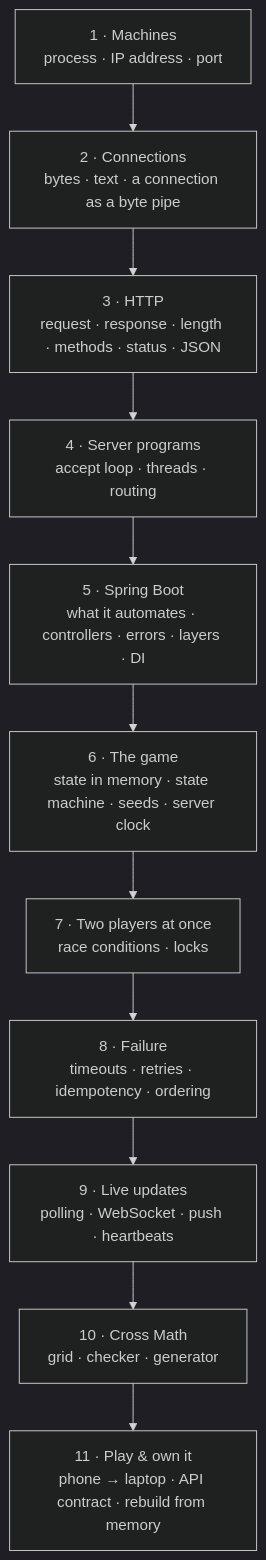
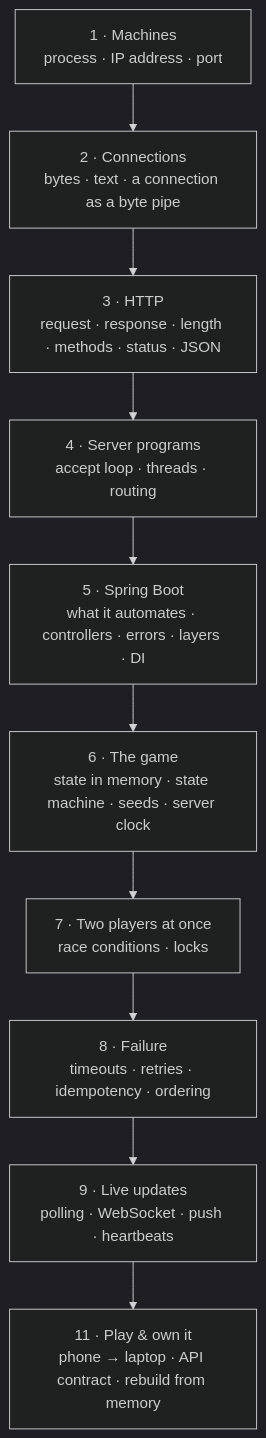
Before and after one commit to harijoshi07/backend-engineering: the diagram in site/src/content/docs/maths/map.mdx, drawn with Mermaid (dark theme). The commit also changed other lines of this file and 1 other file, not shown here.

Commit message:
Maths track: drop Cross Math, the course ends with phone, contract, own it

````diff
--- a/site/src/content/docs/maths/map.mdx
+++ b/site/src/content/docs/maths/map.mdx
@@ -19,15 +19,14 @@
 ```mermaid
 flowchart TB
     A["1 · Machines<br/>process · IP address · port"]
     B["2 · Connections<br/>bytes · text · a connection as a byte pipe"]
     C["3 · HTTP<br/>request · response · length · methods · status · JSON"]
     D["4 · Server programs<br/>accept loop · threads · routing"]
     E["5 · Spring Boot<br/>what it automates · controllers · errors · layers · DI"]
     F["6 · The game<br/>state in memory · state machine · seeds · server clock"]
     G["7 · Two players at once<br/>race conditions · locks"]
     H["8 · Failure<br/>timeouts · retries · idempotency · ordering"]
     I["9 · Live updates<br/>polling · WebSocket · push · heartbeats"]
-    J["10 · Cross Math<br/>grid · checker · generator"]
     K["11 · Play & own it<br/>phone → laptop · API contract · rebuild from memory"]
-    A --> B --> C --> D --> E --> F --> G --> H --> I --> J --> K
+    A --> B --> C --> D --> E --> F --> G --> H --> I --> K
 ```
````
